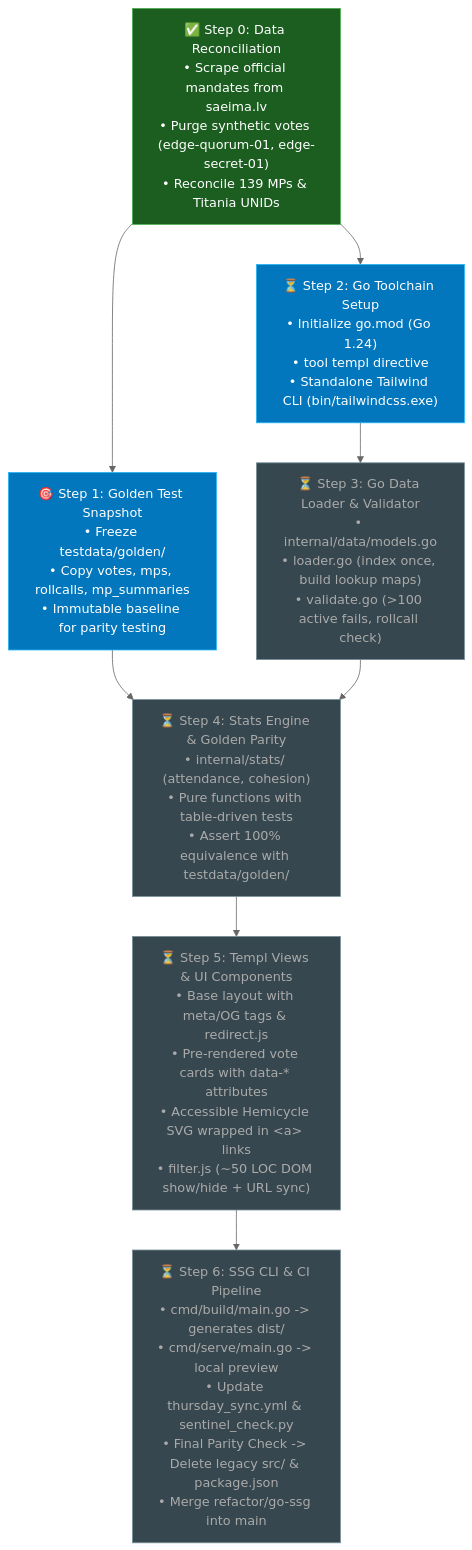
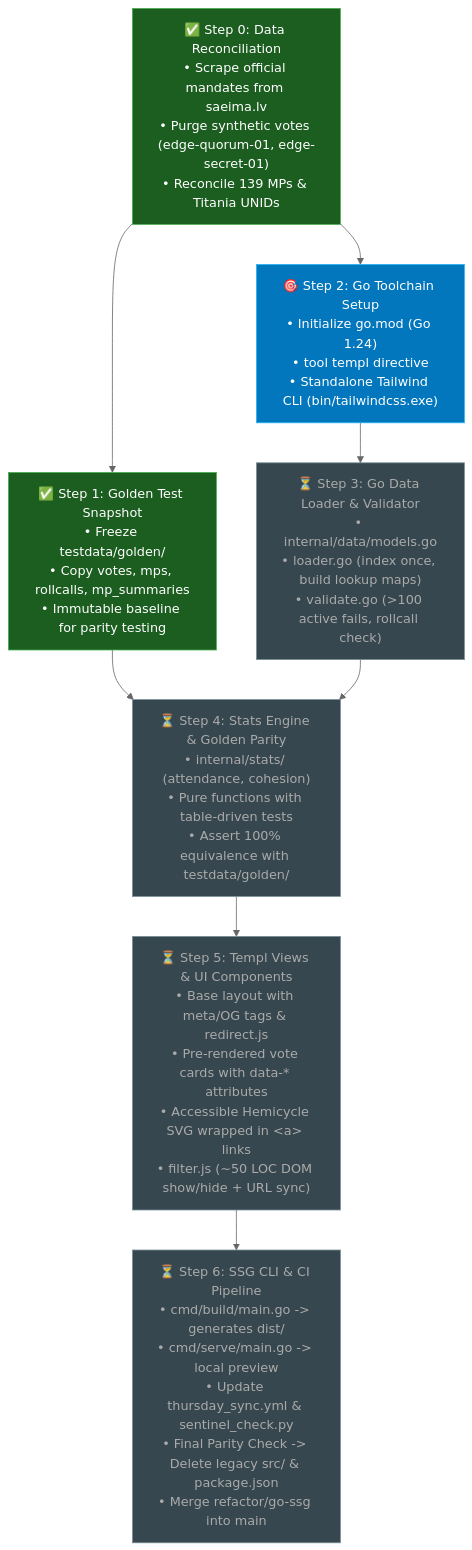
Before and after one commit to FisersDavis/kabalsosaeima: the diagram in REFACTOR_TREE.md, drawn with Mermaid (neutral theme). The commit also changed other lines of this file and 402 other files, not shown here.

Commit message:
chore: freeze testdata/golden snapshot for parity testing

````diff
--- a/REFACTOR_TREE.md
+++ b/REFACTOR_TREE.md
@@ -10,28 +10,28 @@
 ```mermaid
 graph TD
     classDef done fill:#1b5e20,stroke:#4caf50,color:#fff;
     classDef ready fill:#0277bd,stroke:#29b6f6,color:#fff;
     classDef blocked fill:#37474f,stroke:#78909c,color:#aaa;
 
     Node0["✅ Step 0: Data Reconciliation<br/>• Scrape official mandates from saeima.lv<br/>• Purge synthetic votes (edge-quorum-01, edge-secret-01)<br/>• Reconcile 139 MPs & Titania UNIDs"]:::done
     
-    Node1["🎯 Step 1: Golden Test Snapshot<br/>• Freeze testdata/golden/<br/>• Copy votes, mps, rollcalls, mp_summaries<br/>• Immutable baseline for parity testing"]:::ready
+    Node1["✅ Step 1: Golden Test Snapshot<br/>• Freeze testdata/golden/<br/>• Copy votes, mps, rollcalls, mp_summaries<br/>• Immutable baseline for parity testing"]:::done
     
-    Node2["⏳ Step 2: Go Toolchain Setup<br/>• Initialize go.mod (Go 1.24)<br/>• tool templ directive<br/>• Standalone Tailwind CLI (bin/tailwindcss.exe)"]:::ready
+    Node2["🎯 Step 2: Go Toolchain Setup<br/>• Initialize go.mod (Go 1.24)<br/>• tool templ directive<br/>• Standalone Tailwind CLI (bin/tailwindcss.exe)"]:::ready
 
     Node3["⏳ Step 3: Go Data Loader & Validator<br/>• internal/data/models.go<br/>• loader.go (index once, build lookup maps)<br/>• validate.go (>100 active fails, rollcall check)"]:::blocked
 
     Node4["⏳ Step 4: Stats Engine & Golden Parity<br/>• internal/stats/ (attendance, cohesion)<br/>• Pure functions with table-driven tests<br/>• Assert 100% equivalence with testdata/golden/"]:::blocked
 
     Node5["⏳ Step 5: Templ Views & UI Components<br/>• Base layout with meta/OG tags & redirect.js<br/>• Pre-rendered vote cards with data-* attributes<br/>• Accessible Hemicycle SVG wrapped in &lt;a&gt; links<br/>• filter.js (~50 LOC DOM show/hide + URL sync)"]:::blocked
 
     Node6["⏳ Step 6: SSG CLI & CI Pipeline<br/>• cmd/build/main.go -> generates dist/<br/>• cmd/serve/main.go -> local preview<br/>• Update thursday_sync.yml & sentinel_check.py<br/>• Final Parity Check -> Delete legacy src/ & package.json<br/>• Merge refactor/go-ssg into main"]:::blocked
 
     Node0 --> Node1
     Node0 --> Node2
     Node1 --> Node4
     Node2 --> Node3
     Node3 --> Node4
     Node4 --> Node5
     Node5 --> Node6
 ```
````
